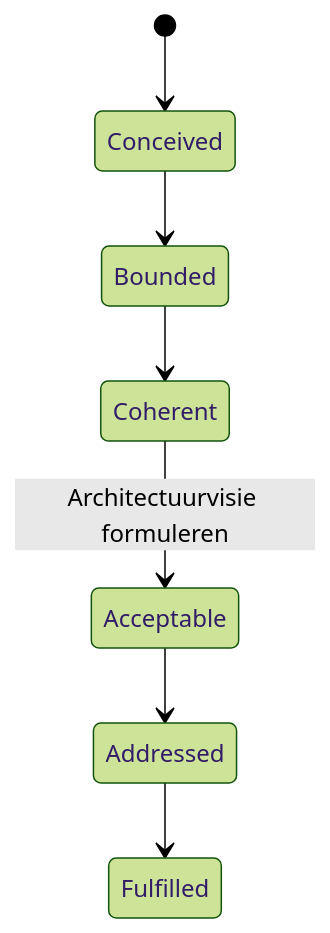
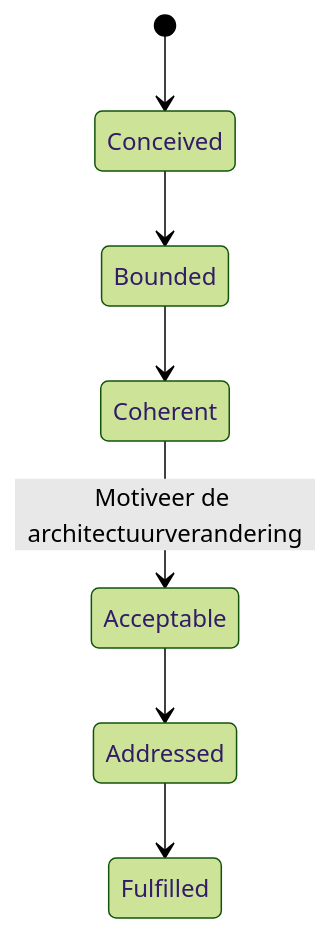
One commit to hietkamp/hietkamp.github.io changed the diagram in essence/method/diagrams/requirements.mmd. Above: the diagram before and after it, drawn with Mermaid (forest theme). The commit also changed 52 other files, not shown here.

```diff
--- a/essence/method/diagrams/requirements.mmd
+++ b/essence/method/diagrams/requirements.mmd
@@ -1,19 +1,19 @@
 %% State diagram: Requirements (essence-kernel#Requirements)
 %% Kernel-alpha; alleen de states die in deze werkwijze daadwerkelijk gebruikt worden
 %% (als entry- of completion-criterion) zijn gekoppeld aan een activiteit.
 %% Bounded wordt in meerdere activiteiten als entry-eis gebruikt, maar door geen van
 %% de activiteiten in deze werkwijze als completion-resultaat opgeleverd.
 stateDiagram-v2
     Conceived: Conceived
     Bounded: Bounded
     Coherent: Coherent
     Acceptable: Acceptable
     Addressed: Addressed
     Fulfilled: Fulfilled
 
     [*] --> Conceived
     Conceived --> Bounded
     Bounded --> Coherent
-    Coherent --> Acceptable : Architectuurvisie formuleren
+    Coherent --> Acceptable : Motiveer de architectuurverandering
     Acceptable --> Addressed
     Addressed --> Fulfilled
```
